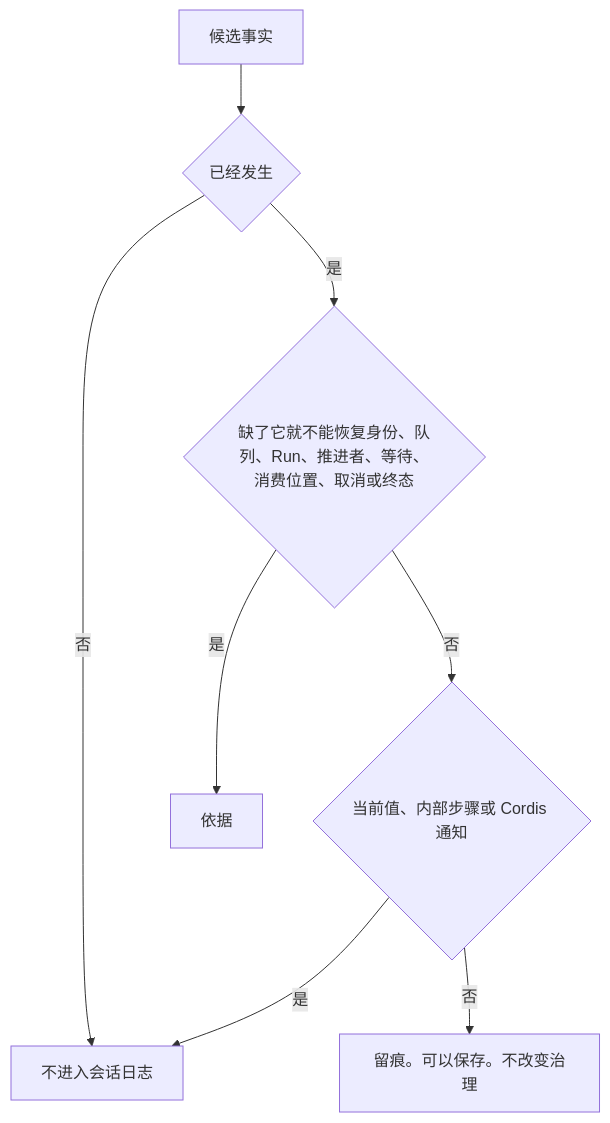
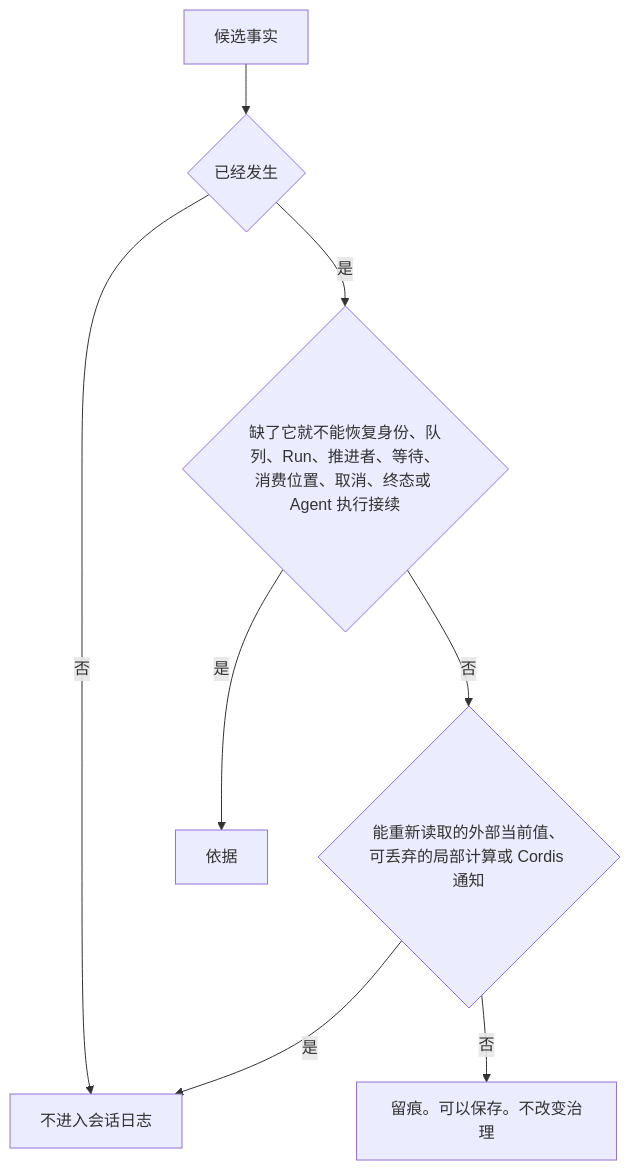
The ninth of 9 diagrams in docs/architecture/runtime/session-and-run.md (nemori-ai/omne-harness-lite), drawn with Mermaid before and after one commit. The commit also changed other lines of this file and 6 other files, not shown here.

````diff
--- a/docs/architecture/runtime/session-and-run.md
+++ b/docs/architecture/runtime/session-and-run.md
@@ -332,10 +339,10 @@
 ```mermaid
 flowchart TD
   start[候选事实] --> happened{已经发生}
   happened -->|否| out[不进入会话日志]
-  happened -->|是| recover{缺了它就不能恢复身份、队列、Run、推进者、等待、消费位置、取消或终态}
+  happened -->|是| recover{缺了它就不能恢复身份、队列、Run、推进者、等待、消费位置、取消、终态或 Agent 执行接续}
   recover -->|是| basis[依据]
-  recover -->|否| other{当前值、内部步骤或 Cordis 通知}
+  recover -->|否| other{能重新读取的外部当前值、可丢弃的局部计算或 Cordis 通知}
   other -->|是| out
   other -->|否| trace[留痕。可以保存。不改变治理]
 ```
````
